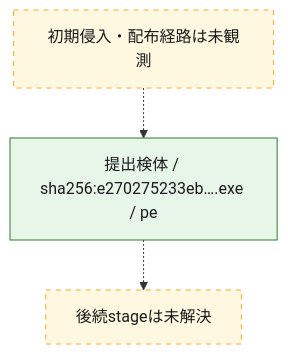
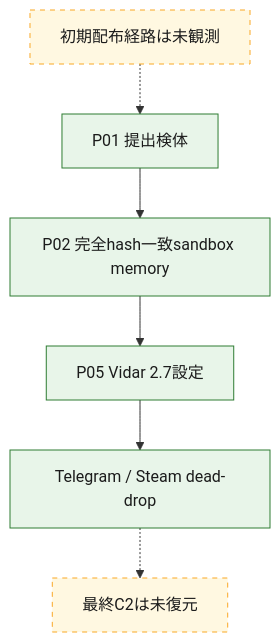
One commit to proshiba/AI-security-analysis changed the second of 3 diagrams in analysis-results/malware/vidar/versions/unknown/cases/e270275233eb28d9d60555913bd7653c1267106a7d7e4b19bcd10c1f14afa2d6/OVERALL-LOGIC.md. Above: the diagram before and after it, drawn with Mermaid. The commit also changed other lines of this file and 280 other files, not shown here.

````diff
--- a/analysis-results/malware/vidar/versions/unknown/cases/e270275233eb28d9d60555913bd7653c1267106a7d7e4b19bcd10c1f14afa2d6/OVERALL-LOGIC.md
+++ b/analysis-results/malware/vidar/versions/unknown/cases/e270275233eb28d9d60555913bd7653c1267106a7d7e4b19bcd10c1f14afa2d6/OVERALL-LOGIC.md
@@ -29,13 +30,12 @@
 ```mermaid
 flowchart TD
-  chain_initial["初期侵入・配布経路は未観測"]
-  chain_01["提出検体 / sha256:e270275233eb….exe / pe"]
-  chain_initial -.-> chain_01
-  chain_unknown["後続stageは未解決"]
-  chain_01 -.-> chain_unknown
-  class chain_unknown unresolved
-  class chain_01 confirmed
-  class chain_initial unresolved
+  c00["初期配布経路は未観測"] -.-> c01["P01 提出検体"]
+  c01 --> c02["P02 完全hash一致sandbox memory"]
+  c02 --> c03["P05 Vidar 2.7設定"]
+  c03 --> c04["Telegram / Steam dead-drop"]
+  c04 -.-> c05["最終C2は未復元"]
+  class c01,c02,c03,c04 confirmed
+  class c00,c05 unresolved
   classDef confirmed fill:#e8f5e9,stroke:#2e7d32,color:#1b1b1b
   classDef unresolved fill:#fff8e1,stroke:#f9a825,color:#1b1b1b,stroke-dasharray:5 5
 ```
````
